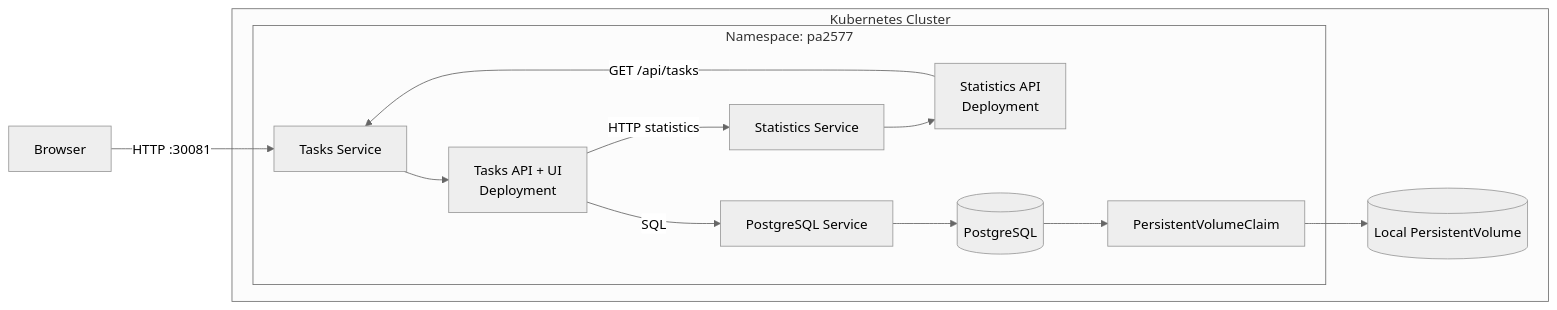
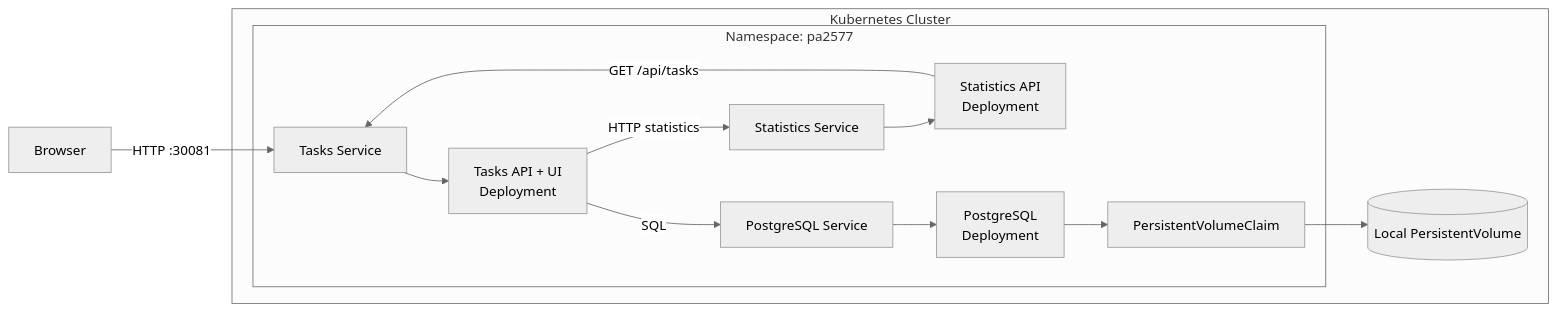
Before and after one commit to icordus/PA2577: the diagram in README.md, drawn with Mermaid (neutral theme). The commit also changed other lines of this file, not shown here.

Commit message:
Update README to clarify PostgreSQL deployment details in architecture diagram

````diff
--- a/README.md
+++ b/README.md
@@ -15,25 +15,25 @@
 ```mermaid
 flowchart LR
 	Browser[Browser]
 	subgraph Cluster[Kubernetes Cluster]
 		subgraph Namespace[Namespace: pa2577]
 			TasksSvc[Tasks Service]
 			Tasks["Tasks API + UI<br/>Deployment"]
 			StatsSvc[Statistics Service]
 			Stats["Statistics API<br/>Deployment"]
 			DBSvc[PostgreSQL Service]
-			DB[(PostgreSQL)]
+			DB["PostgreSQL<br/>Deployment"]
 			PVC[PersistentVolumeClaim]
 			TasksSvc --> Tasks
 			Tasks -->|HTTP statistics| StatsSvc
 			StatsSvc --> Stats
 			Stats -->|GET /api/tasks| TasksSvc
 			Tasks -->|SQL| DBSvc
 			DBSvc --> DB
 			DB --> PVC
 		end
 		PV[(Local PersistentVolume)]
 		PVC --> PV
 	end
 	Browser -->|HTTP :30081| TasksSvc
 ```
````
